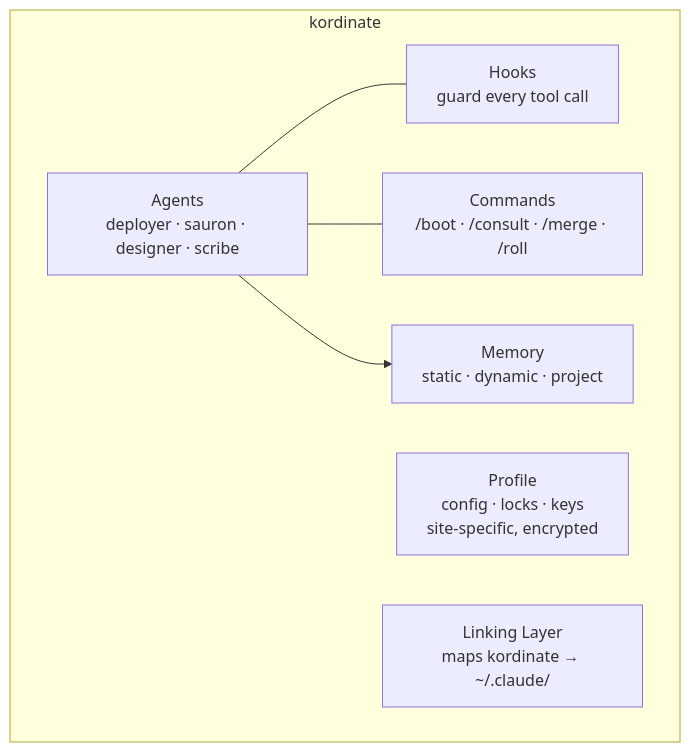
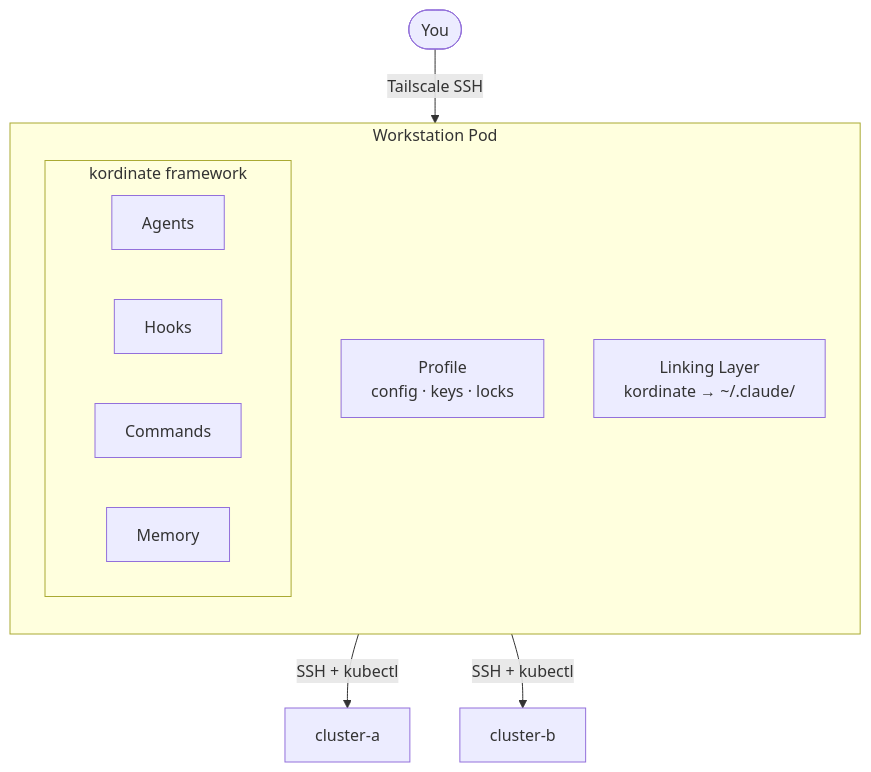
The diagram in docs/index.md (Kord96/kordinate), drawn with Mermaid before and after one commit. The commit also changed 3 other files, not shown here.

First line of the commit message:
docs: mermaid diagrams everywhere, source map + audit-docs skill [scribe]

````diff
--- a/docs/index.md
+++ b/docs/index.md
@@ -7,14 +7,20 @@
 ```mermaid
-flowchart TD
-    subgraph kordinate
-        A[Agents<br/>deployer · sauron · designer · scribe]
-        H[Hooks<br/>guard every tool call]
-        C[Commands<br/>/boot · /consult · /merge · /roll]
-        A --- H
-        A --- C
-        M[Memory<br/>static · dynamic · project]
-        A --> M
-        P[Profile<br/>config · locks · keys<br/>site-specific, encrypted]
-        L[Linking Layer<br/>maps kordinate → ~/.claude/]
+flowchart TB
+    U([You]) -->|Tailscale SSH| W
+
+    subgraph W[Workstation Pod]
+        direction TB
+        subgraph framework[kordinate framework]
+            direction LR
+            A[Agents]
+            H[Hooks]
+            C[Commands]
+            M[Memory]
+        end
+        P[Profile<br/>config · keys · locks]
+        L[Linking Layer<br/>kordinate → ~/.claude/]
     end
+
+    W -->|SSH + kubectl| K1[cluster-a]
+    W -->|SSH + kubectl| K2[cluster-b]
 ```
````
